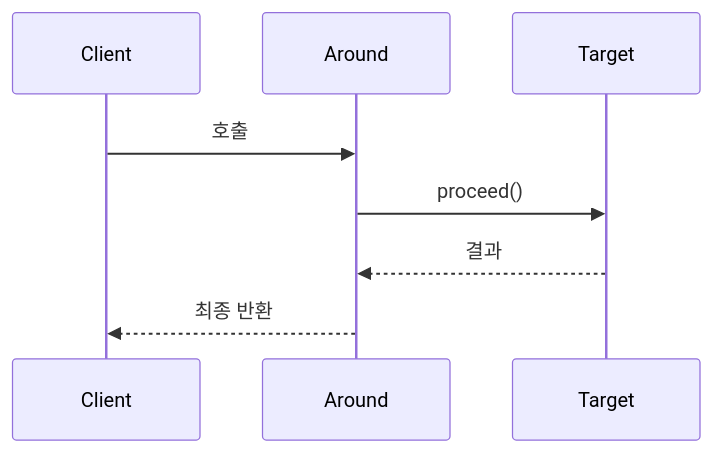
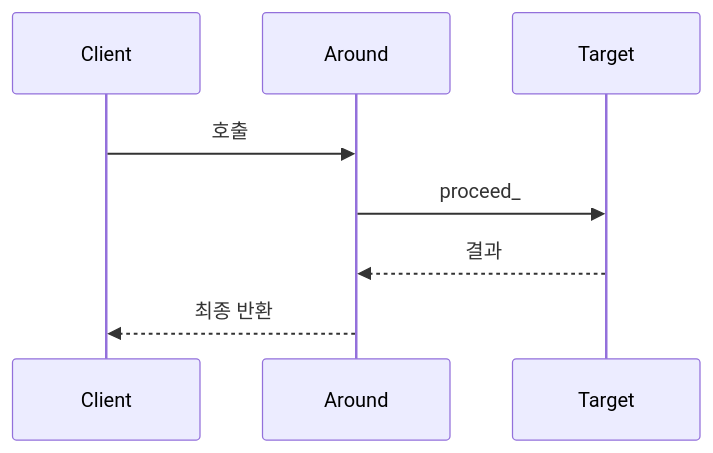
One commit to yjkim2015/yjkim2015.github.io changed the sixth of 11 diagrams in _posts/spring/2026-05-02-spring-core-advanced.md. Above: the diagram before and after it, drawn with Mermaid. The commit also changed other lines of this file and 85 other files, not shown here.

First line of the commit message:
sequenceDiagram 문법 에러 2차 수정 169개 (86파일)

````diff
--- a/_posts/spring/2026-05-02-spring-core-advanced.md
+++ b/_posts/spring/2026-05-02-spring-core-advanced.md
@@ -358,10 +358,10 @@
 ```mermaid
 sequenceDiagram
     participant C as Client
     participant AR as Around
     participant T as Target
     C->>AR: 호출
-    AR->>T: proceed()
+    AR->>T: proceed_
     T-->>AR: 결과
     AR-->>C: 최종 반환
 ```
````
